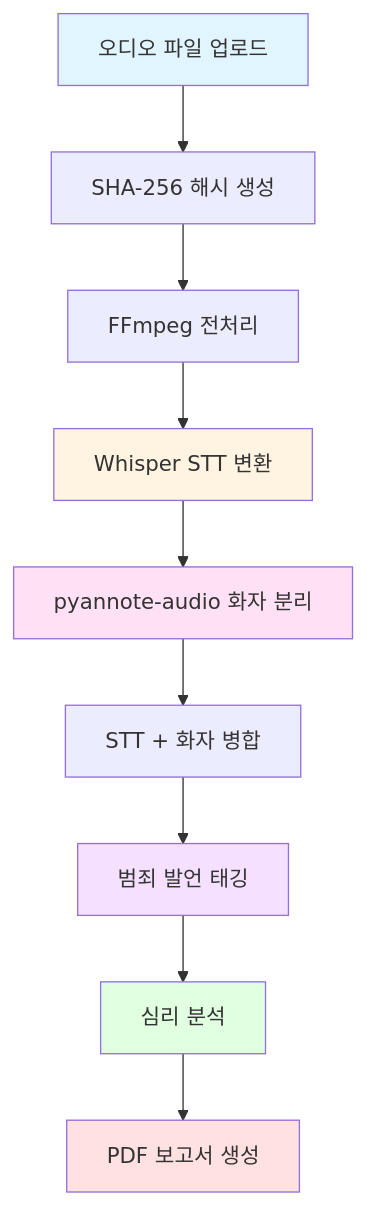
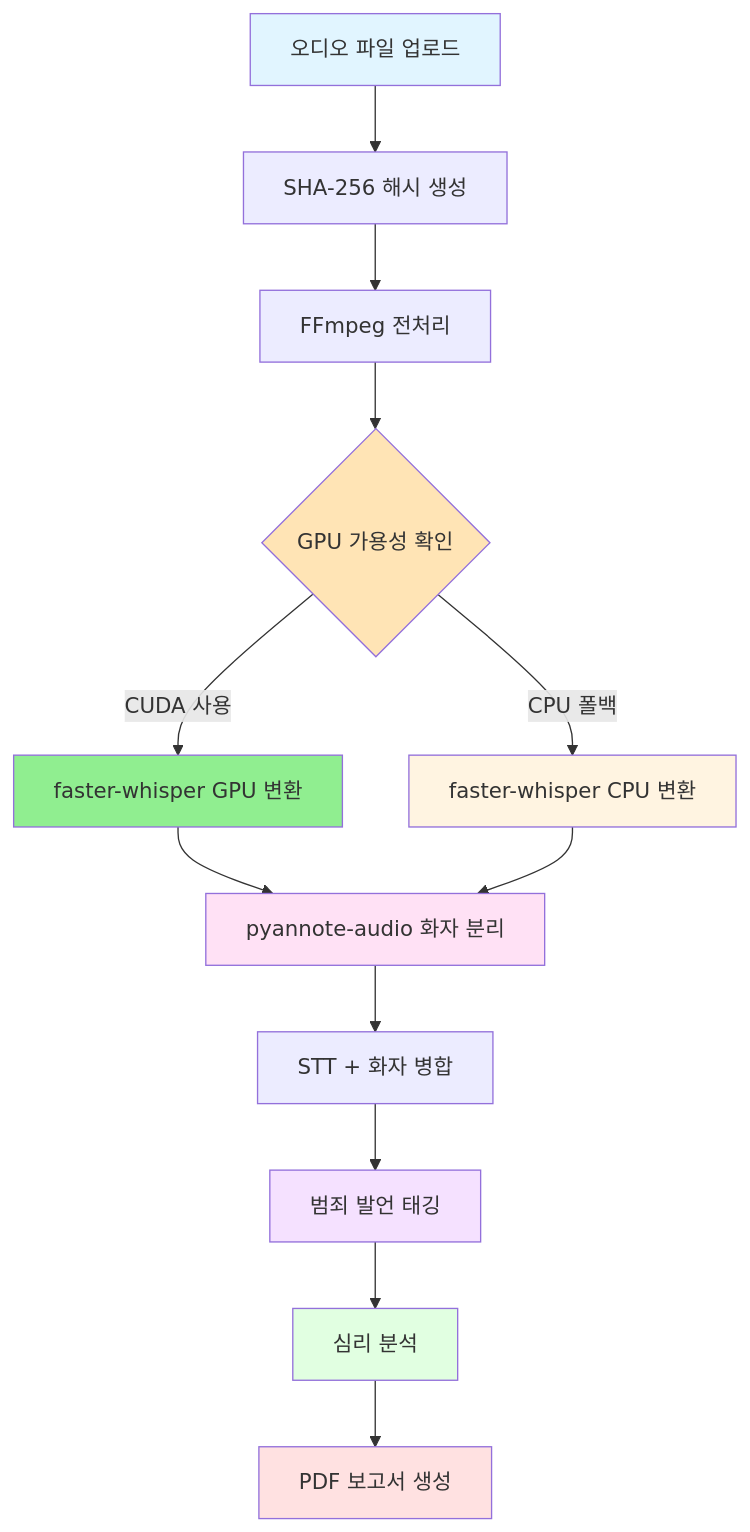
The diagram in README.md (printly0821/voice.man), drawn with Mermaid before and after one commit. The commit also changed other lines of this file and 1 other file, not shown here.

````diff
--- a/README.md
+++ b/README.md
@@ -21,18 +24,23 @@
 ```mermaid
 flowchart TD
     Upload[오디오 파일 업로드] --> Hash[SHA-256 해시 생성]
     Hash --> Preprocess[FFmpeg 전처리]
-    Preprocess --> STT[Whisper STT 변환]
-    STT --> Diarization[pyannote-audio 화자 분리]
+    Preprocess --> GPU{GPU 가용성 확인}
+    GPU -->|CUDA 사용| STT_GPU[faster-whisper GPU 변환]
+    GPU -->|CPU 폴백| STT_CPU[faster-whisper CPU 변환]
+    STT_GPU --> Diarization[pyannote-audio 화자 분리]
+    STT_CPU --> Diarization
     Diarization --> Merge[STT + 화자 병합]
     Merge --> Crime[범죄 발언 태깅]
     Crime --> Psychology[심리 분석]
     Psychology --> Report[PDF 보고서 생성]
 
     style Upload fill:#e1f5ff
-    style STT fill:#fff4e1
+    style GPU fill:#ffe4b5
+    style STT_GPU fill:#90EE90
+    style STT_CPU fill:#fff4e1
     style Diarization fill:#ffe1f5
     style Crime fill:#f5e1ff
     style Psychology fill:#e1ffe1
     style Report fill:#ffe1e1
 ```
````
